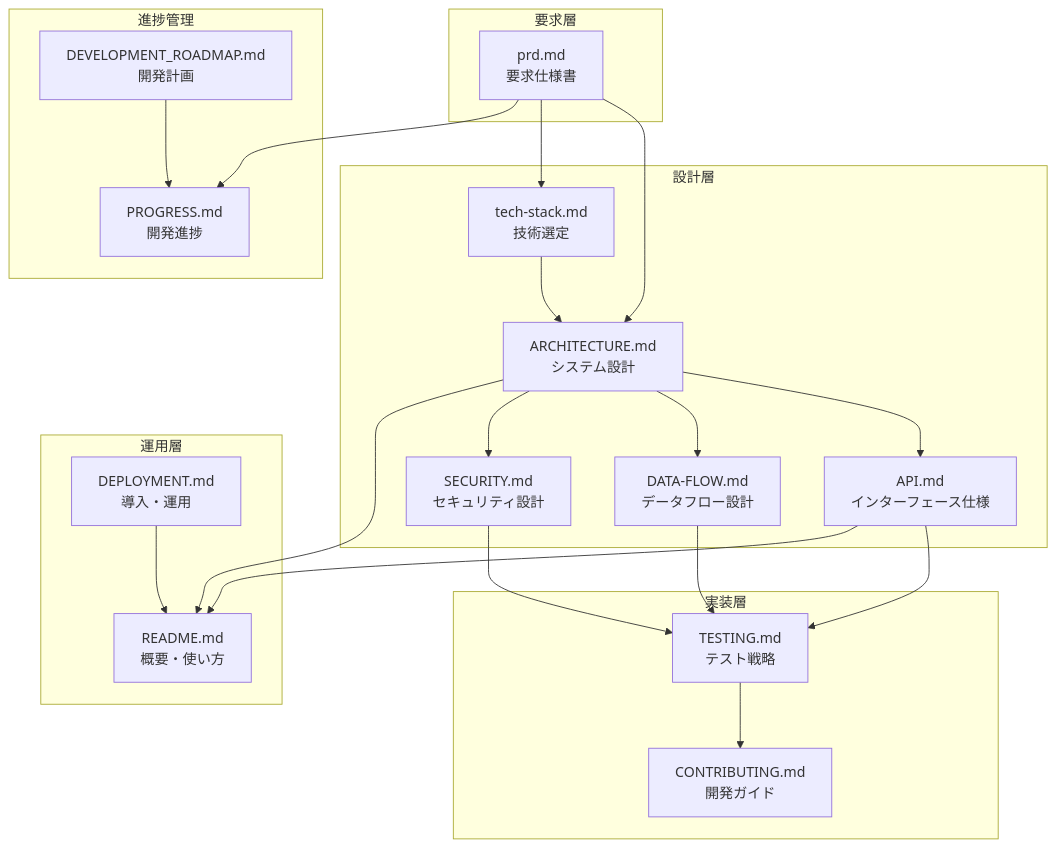
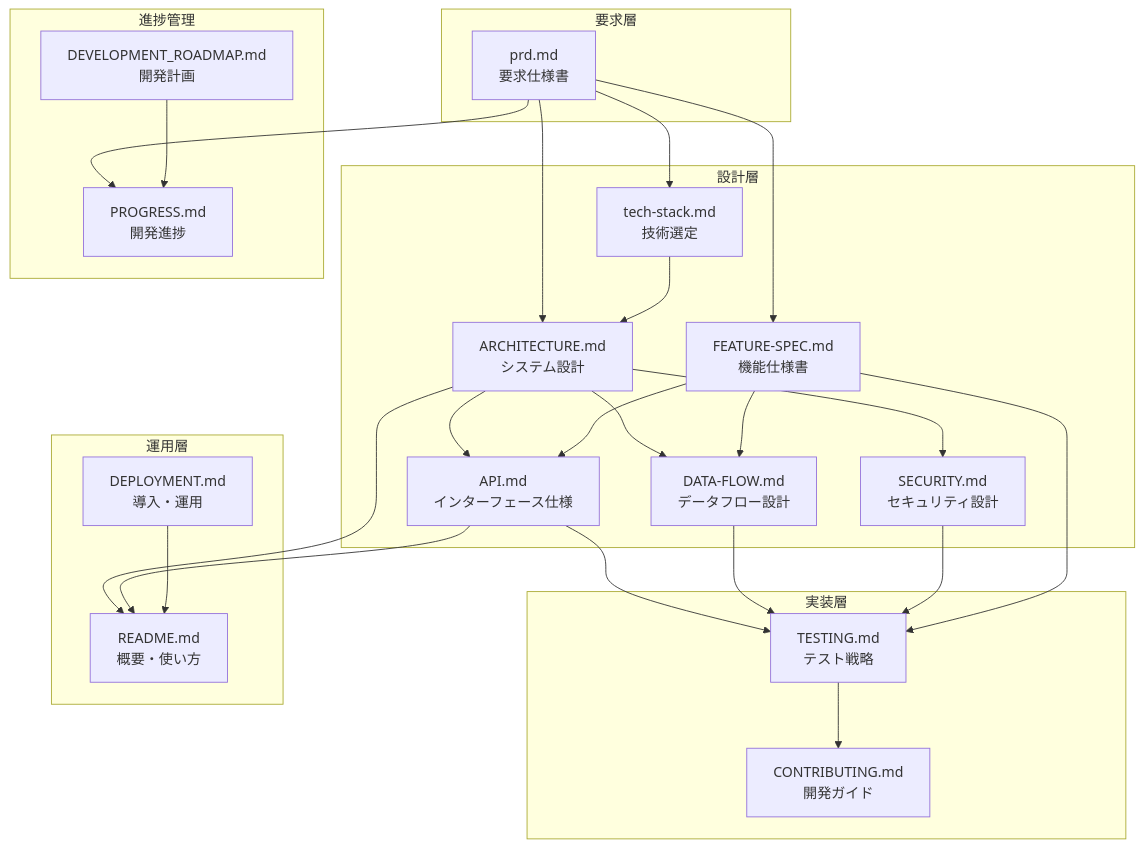
One commit to daktu32/wezterm-parallel changed the first of 2 diagrams in docs/DOCUMENTATION-MAP.md. Above: the diagram before and after it, drawn with Mermaid. The commit also changed other lines of this file and 1 other file, not shown here.

First line of the commit message:
📋 Add comprehensive Feature Specification document

````diff
--- a/docs/DOCUMENTATION-MAP.md
+++ b/docs/DOCUMENTATION-MAP.md
@@ -9,45 +9,50 @@
 ```mermaid
 graph TB
     subgraph "要求層"
         PRD[prd.md<br/>要求仕様書]
     end
     
     subgraph "設計層"
         ARCH[ARCHITECTURE.md<br/>システム設計]
         TECH[tech-stack.md<br/>技術選定]
+        FEAT[FEATURE-SPEC.md<br/>機能仕様書]
         API[API.md<br/>インターフェース仕様]
         FLOW[DATA-FLOW.md<br/>データフロー設計]
         SEC[SECURITY.md<br/>セキュリティ設計]
     end
     
     subgraph "実装層"
         TEST[TESTING.md<br/>テスト戦略]
         CONTRIB[CONTRIBUTING.md<br/>開発ガイド]
     end
     
     subgraph "運用層"
         README[README.md<br/>概要・使い方]
         DEPLOY[DEPLOYMENT.md<br/>導入・運用]
     end
     
     subgraph "進捗管理"
         PROG[PROGRESS.md<br/>開発進捗]
         ROAD[DEVELOPMENT_ROADMAP.md<br/>開発計画]
     end
     
     PRD --> ARCH
     PRD --> TECH
+    PRD --> FEAT
     ARCH --> API
     ARCH --> FLOW
     ARCH --> SEC
+    FEAT --> API
+    FEAT --> FLOW
     TECH --> ARCH
     API --> TEST
     FLOW --> TEST
     SEC --> TEST
+    FEAT --> TEST
     TEST --> CONTRIB
     ARCH --> README
     API --> README
     DEPLOY --> README
     PRD --> PROG
     ROAD --> PROG
 ```
````
